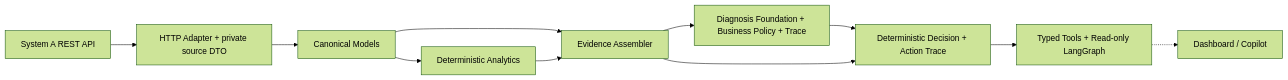
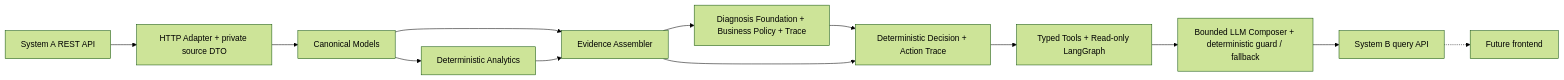
One commit to TiezhuHao/overdue-po-copilot changed the diagram in docs/system-b-architecture.md. Above: the diagram before and after it, drawn with Mermaid (forest theme). The commit also changed other lines of this file and 20 other files, not shown here.

````diff
--- a/docs/system-b-architecture.md
+++ b/docs/system-b-architecture.md
@@ -27,13 +27,15 @@
 ```mermaid
 flowchart LR
     A[System A REST API] --> Adapter[HTTP Adapter + private source DTO]
     Adapter --> Canonical[Canonical Models]
     Canonical --> Analytics[Deterministic Analytics]
     Canonical --> Assembler[Evidence Assembler]
     Analytics --> Assembler
     Assembler --> Diagnosis[Diagnosis Foundation + Business Policy + Trace]
     Diagnosis --> Decision[Deterministic Decision + Action Trace]
     Assembler --> Decision
     Decision --> Agent[Typed Tools + Read-only LangGraph]
-    Agent -.-> Frontend[Dashboard / Copilot]
+    Agent --> Copilot[Bounded LLM Composer + deterministic guard / fallback]
+    Copilot --> BAPI[System B query API]
+    BAPI -.-> Frontend[Future frontend]
 ```
````
